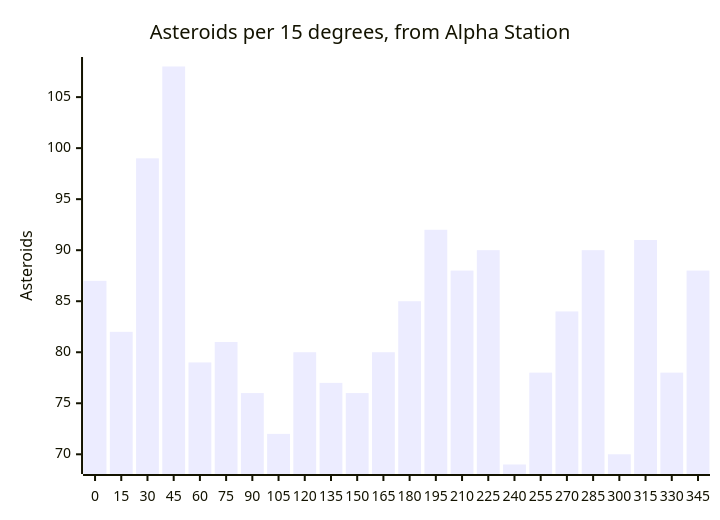
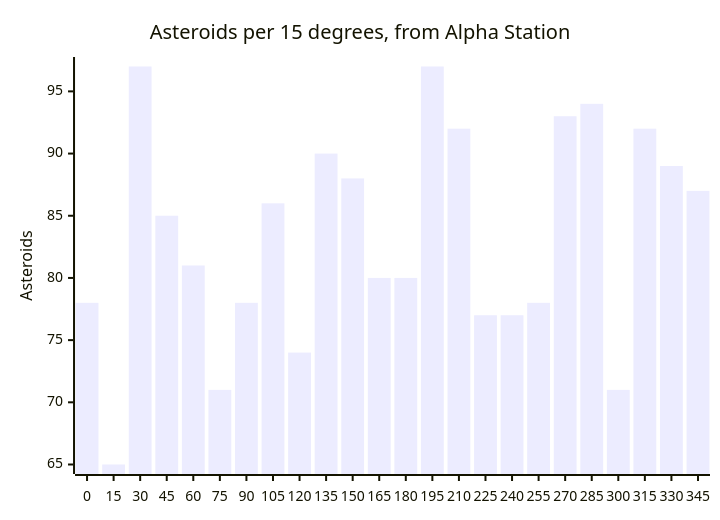
One commit to CometWorks/worlds changed the fourth of 4 diagrams in octahedron/ORES.md. Above: the diagram before and after it, drawn with Mermaid. The commit also changed other lines of this file and 2005 other files, not shown here.

````diff
--- a/octahedron/ORES.md
+++ b/octahedron/ORES.md
@@ -135,7 +135,7 @@
 ```mermaid
 xychart-beta
     title "Asteroids per 15 degrees, from Alpha Station"
     x-axis ["0", "15", "30", "45", "60", "75", "90", "105", "120", "135", "150", "165", "180", "195", "210", "225", "240", "255", "270", "285", "300", "315", "330", "345"]
     y-axis "Asteroids"
-    bar [87, 82, 99, 108, 79, 81, 76, 72, 80, 77, 76, 80, 85, 92, 88, 90, 69, 78, 84, 90, 70, 91, 78, 88]
+    bar [78, 65, 97, 85, 81, 71, 78, 86, 74, 90, 88, 80, 80, 97, 92, 77, 77, 78, 93, 94, 71, 92, 89, 87]
 ```
````
